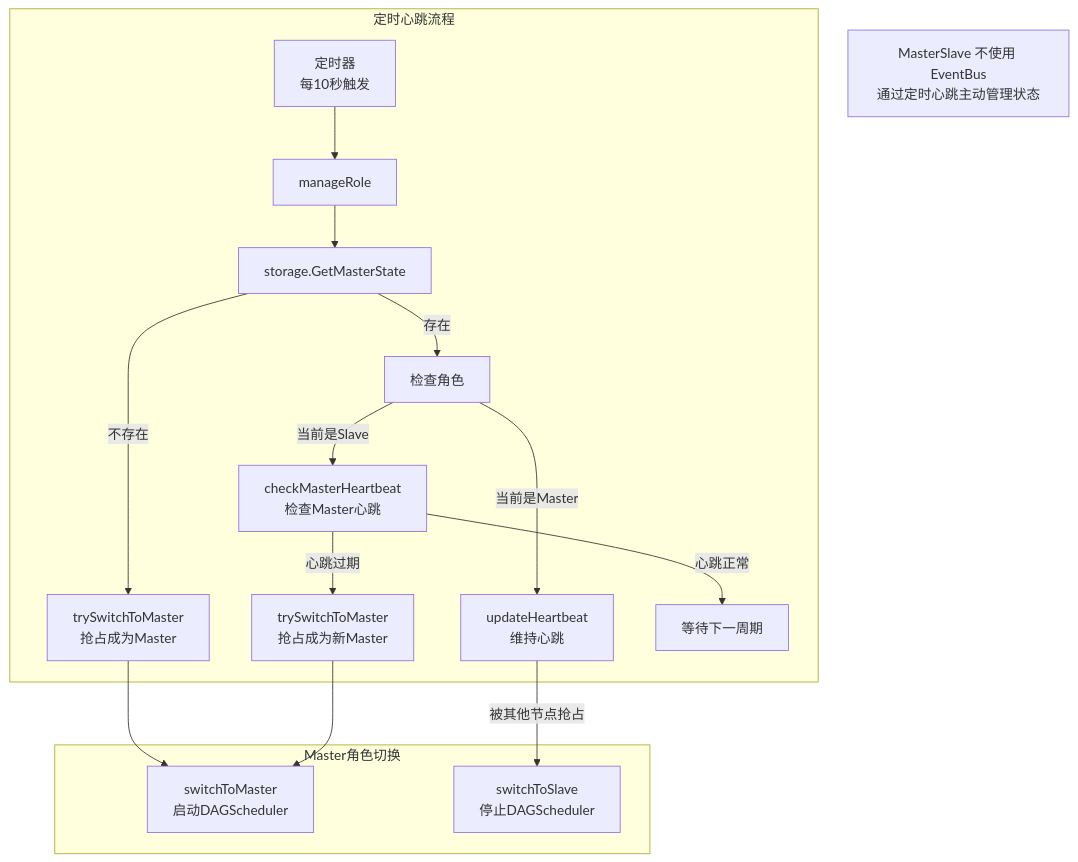
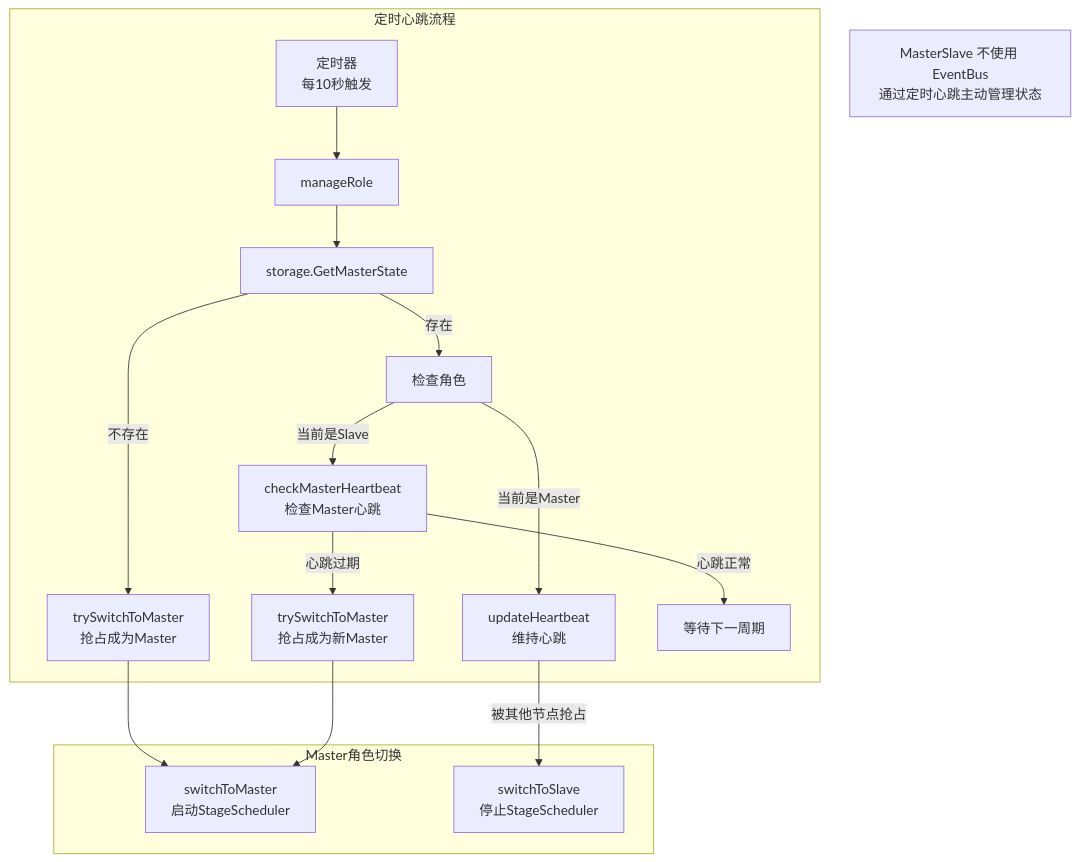
Before and after one commit to njuxumq/agent-eval-server: the fourth of 4 diagrams in docs/designs/details/scheduler/主从模式设计.md, drawn with Mermaid. The commit also changed other lines of this file and 15 other files, not shown here.

````diff
--- a/docs/designs/details/scheduler/主从模式设计.md
+++ b/docs/designs/details/scheduler/主从模式设计.md
@@ -350,21 +350,21 @@
 ```mermaid
 flowchart TB
     subgraph 定时心跳流程
         Ticker[定时器<br/>每10秒触发] --> MR[manageRole]
         MR --> GS[storage.GetMasterState]
         GS -->|"不存在"| TSM1[trySwitchToMaster<br/>抢占成为Master]
         GS -->|"存在"| CHK[检查角色]
         CHK -->|"当前是Master"| UH[updateHeartbeat<br/>维持心跳]
         CHK -->|"当前是Slave"| CMH[checkMasterHeartbeat<br/>检查Master心跳]
         CMH -->|"心跳过期"| TSM2[trySwitchToMaster<br/>抢占成为新Master]
         CMH -->|"心跳正常"| WAIT[等待下一周期]
     end
 
     subgraph Master角色切换
-        TSM1 --> STM[switchToMaster<br/>启动DAGScheduler]
-        UH -->|"被其他节点抢占"| STS[switchToSlave<br/>停止DAGScheduler]
+        TSM1 --> STM[switchToMaster<br/>启动StageScheduler]
+        UH -->|"被其他节点抢占"| STS[switchToSlave<br/>停止StageScheduler]
         TSM2 --> STM
     end
 
     note["MasterSlave 不使用 EventBus<br/>通过定时心跳主动管理状态"]
 ```
````
